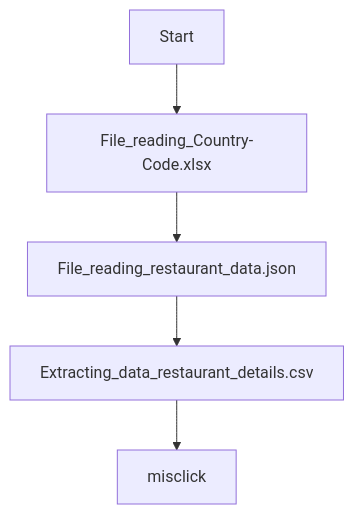
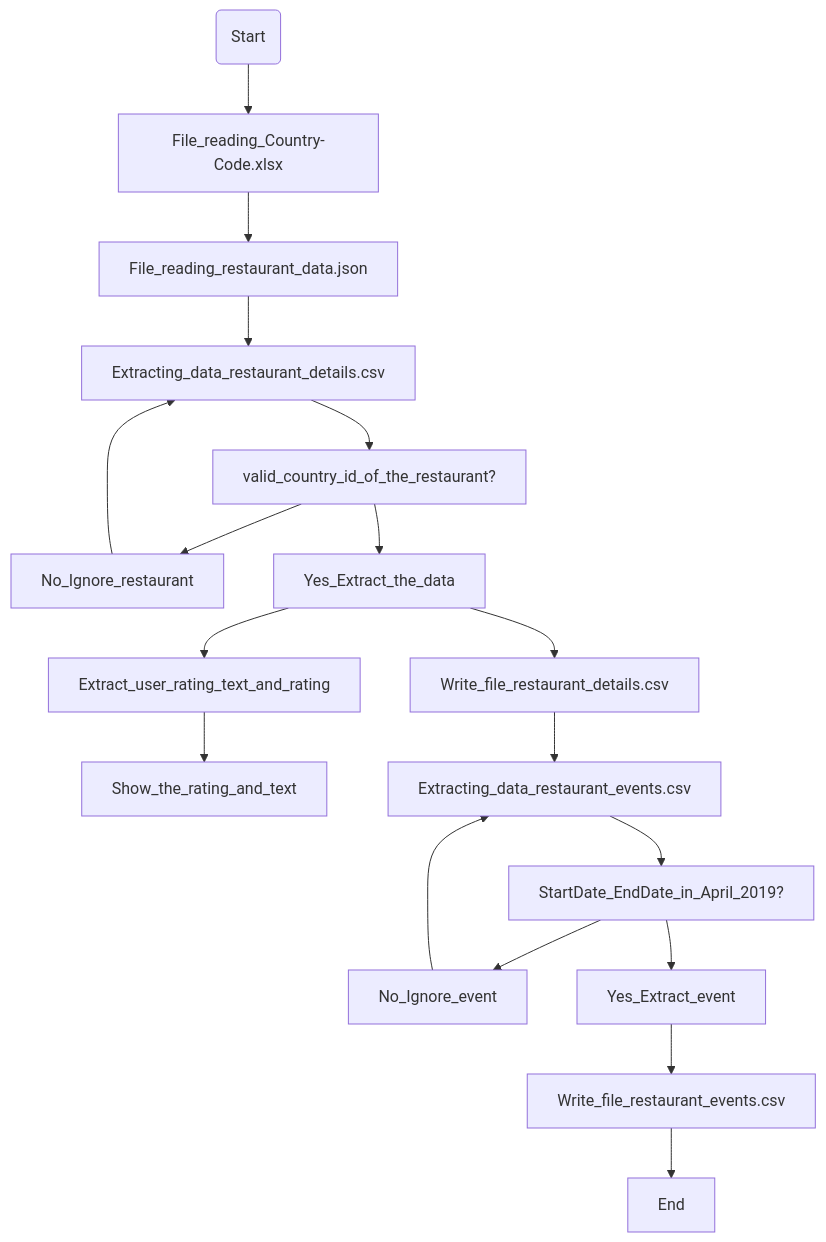
The diagram in README.md (Mythiology/Data-engineering-exercise), drawn with Mermaid before and after one commit. The commit also changed other lines of this file, not shown here.

Commit message:
Updated Architecture Diagram

````diff
--- a/README.md
+++ b/README.md
@@ -16,8 +16,20 @@
 ```mermaid
 graph TD;
-    Start-->File_reading_Country-Code.xlsx;
+    id1(Start)-->File_reading_Country-Code.xlsx;
     File_reading_Country-Code.xlsx-->File_reading_restaurant_data.json;
     File_reading_restaurant_data.json-->Extracting_data_restaurant_details.csv;
-    Extracting_data_restaurant_details.csv-->misclick;
-    
+    Extracting_data_restaurant_details.csv-->valid_country_id_of_the_restaurant?;
+    valid_country_id_of_the_restaurant?-->No_Ignore_restaurant;
+    No_Ignore_restaurant-->Extracting_data_restaurant_details.csv;
+    valid_country_id_of_the_restaurant?-->Yes_Extract_the_data;
+    Yes_Extract_the_data-->Write_file_restaurant_details.csv;
+    Yes_Extract_the_data-->Extract_user_rating_text_and_rating;
+    Extract_user_rating_text_and_rating-->Show_the_rating_and_text;
+    Write_file_restaurant_details.csv-->Extracting_data_restaurant_events.csv;
+    Extracting_data_restaurant_events.csv-->StartDate_EndDate_in_April_2019?;
+    StartDate_EndDate_in_April_2019?-->No_Ignore_event;
+    No_Ignore_event-->Extracting_data_restaurant_events.csv;
+    StartDate_EndDate_in_April_2019?-->Yes_Extract_event;
+    Yes_Extract_event-->Write_file_restaurant_events.csv;
+    Write_file_restaurant_events.csv-->End;
 ```
````
